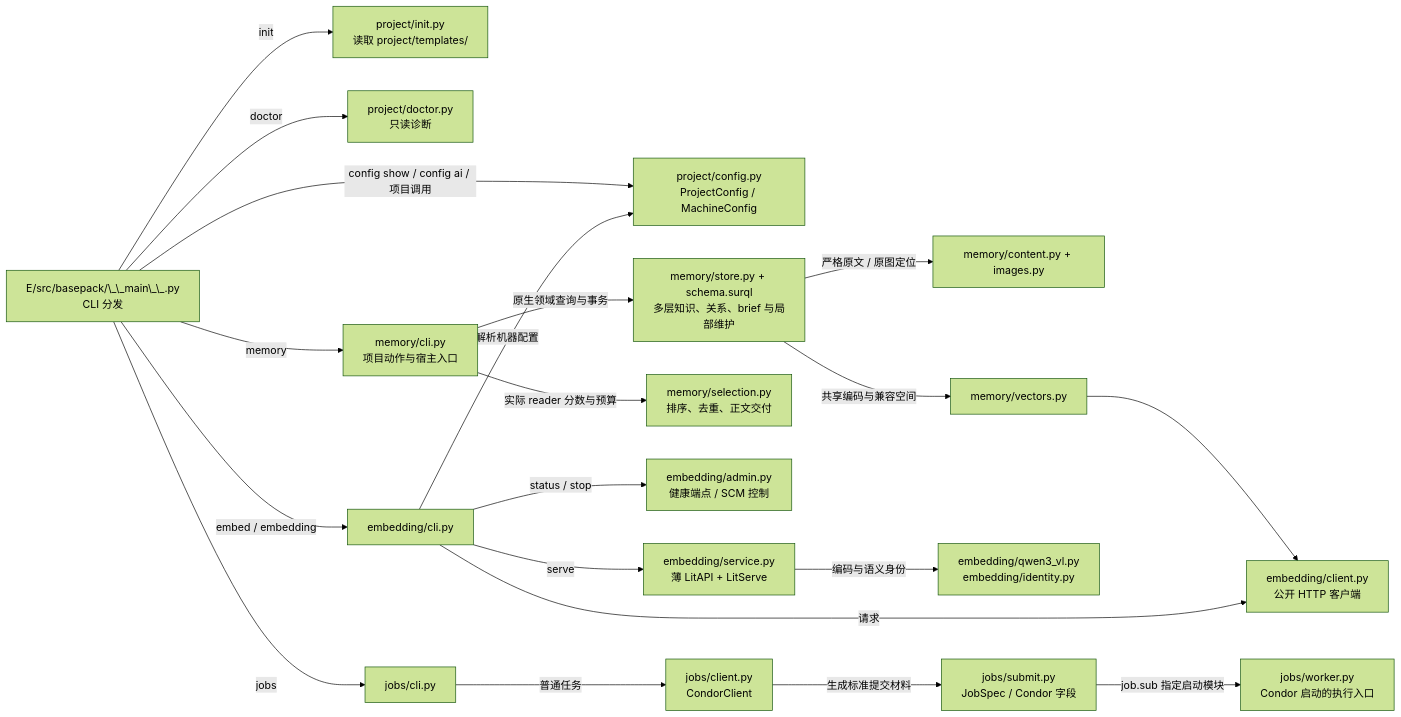
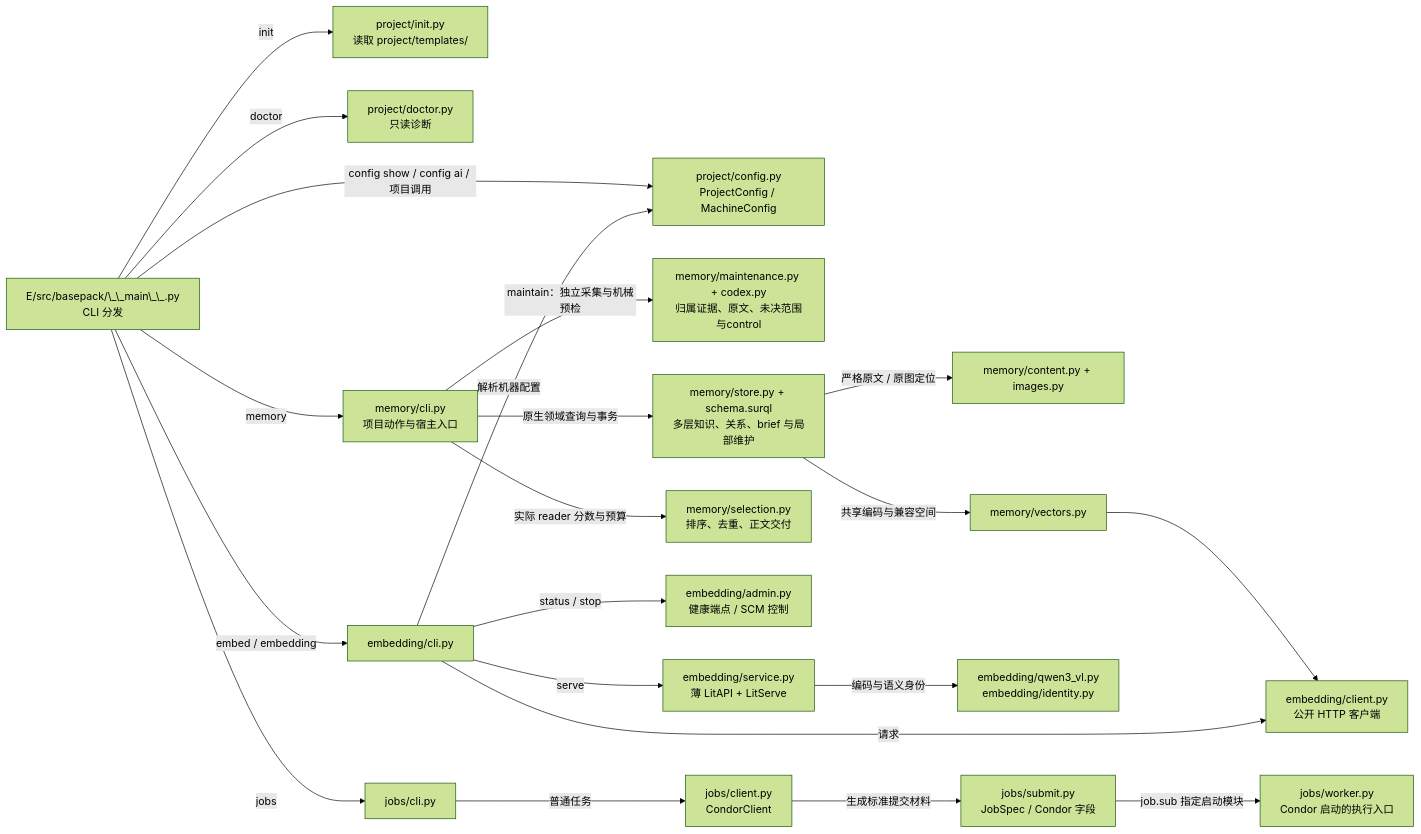
The seventh of 8 diagrams in devDoc/system/diagrams.md (YS-Pan/basePack), drawn with Mermaid (forest theme) before and after one commit. The commit also changed other lines of this file and 54 other files, not shown here.

````diff
--- a/devDoc/system/diagrams.md
+++ b/devDoc/system/diagrams.md
@@ -179,23 +186,24 @@
 ```mermaid
 flowchart LR
   main["E/src/basepack/\_\_main\_\_.py<br/>CLI 分发"]
   main -->|init| init["project/init.py<br/>读取 project/templates/"]
   main -->|config show / config ai / 项目调用| config["project/config.py<br/>ProjectConfig / MachineConfig"]
   main -->|doctor| doctor["project/doctor.py<br/>只读诊断"]
   main -->|embed / embedding| ecli["embedding/cli.py"]
   main -->|jobs| jcli["jobs/cli.py"]
   main -->|memory| mcli["memory/cli.py<br/>项目动作与宿主入口"]
+  mcli -->|maintain：独立采集与机械预检| maintenance["memory/maintenance.py + codex.py<br/>归属证据、原文、未决范围与control"]
   mcli -->|原生领域查询与事务| memory["memory/store.py + schema.surql<br/>多层知识、关系、brief 与局部维护"]
   memory -->|严格原文 / 原图定位| content["memory/content.py + images.py"]
   memory -->|共享编码与兼容空间| vectors["memory/vectors.py"]
   vectors --> eclient
   mcli -->|实际 reader 分数与预算| selection["memory/selection.py<br/>排序、去重、正文交付"]
   ecli -->|请求| eclient["embedding/client.py<br/>公开 HTTP 客户端"]
   ecli -->|status / stop| manage["embedding/admin.py<br/>健康端点 / SCM 控制"]
   ecli -->|serve| serve["embedding/service.py<br/>薄 LitAPI + LitServe"]
   serve -->|编码与语义身份| model["embedding/qwen3_vl.py<br/>embedding/identity.py"]
   jcli -->|普通任务| jclient["jobs/client.py<br/>CondorClient"]
   jclient -->|生成标准提交材料| submit["jobs/submit.py<br/>JobSpec / Condor 字段"]
   submit -->|job.sub 指定启动模块| worker["jobs/worker.py<br/>Condor 启动的执行入口"]
   ecli -->|解析机器配置| config
 ```
````
